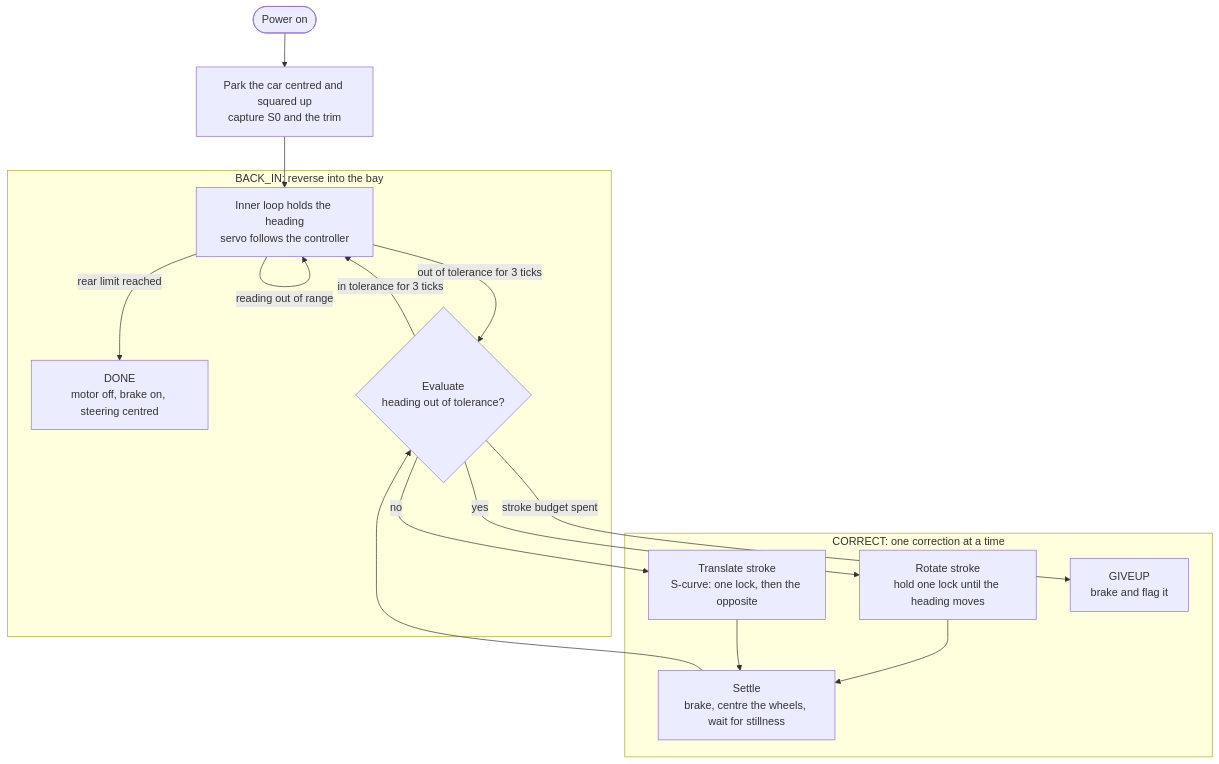
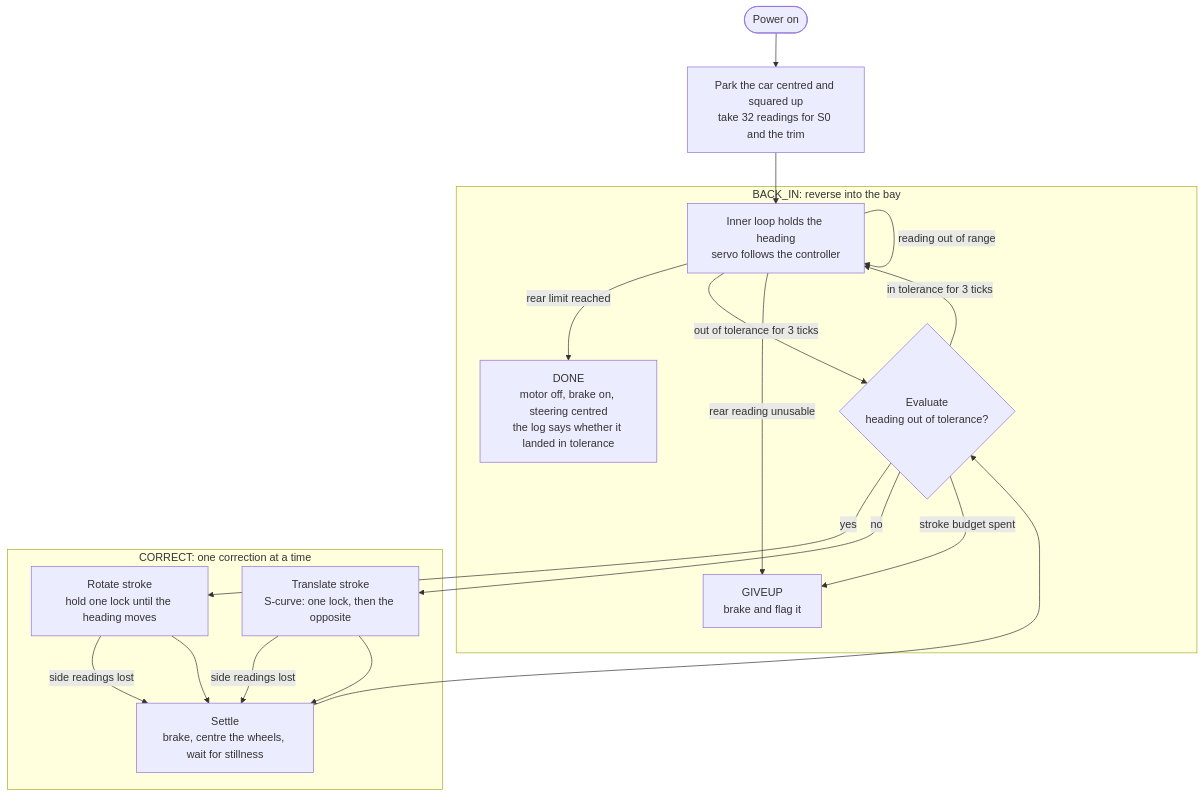
The first of 2 diagrams in README.md (AndrewKHalim/Self-Parking-Car), drawn with Mermaid before and after one commit. The commit also changed other lines of this file and 5 other files, not shown here.

````diff
--- a/README.md
+++ b/README.md
@@ -16,23 +17,26 @@
 ```mermaid
 flowchart TD
-    start([Power on]) --> cal["Park the car centred and squared up<br/>capture S0 and the trim"]
+    start([Power on]) --> cal["Park the car centred and squared up<br/>take 32 readings for S0 and the trim"]
     cal --> backin
 
     subgraph reversing ["BACK_IN: reverse into the bay"]
         backin["Inner loop holds the heading<br/>servo follows the controller"]
-        backin -->|"rear limit reached"| done["DONE<br/>motor off, brake on, steering centred"]
+        backin -->|"rear limit reached"| done["DONE<br/>motor off, brake on, steering centred<br/>the log says whether it landed in tolerance"]
         backin -->|"out of tolerance for 3 ticks"| correct
+        backin -->|"rear reading unusable"| giveup
         backin -->|"reading out of range"| backin
     end
 
     subgraph correcting ["CORRECT: one correction at a time"]
         correct{"Evaluate<br/>heading out of tolerance?"}
         correct -->|yes| rotate["Rotate stroke<br/>hold one lock until the heading moves"]
         correct -->|no| translate["Translate stroke<br/>S-curve: one lock, then the opposite"]
+        rotate -->|"side readings lost"| settle
+        translate -->|"side readings lost"| settle
         rotate --> settle
         translate --> settle
         settle["Settle<br/>brake, centre the wheels, wait for stillness"] --> correct
         correct -->|"in tolerance for 3 ticks"| backin
         correct -->|"stroke budget spent"| giveup["GIVEUP<br/>brake and flag it"]
     end
 ```
````
